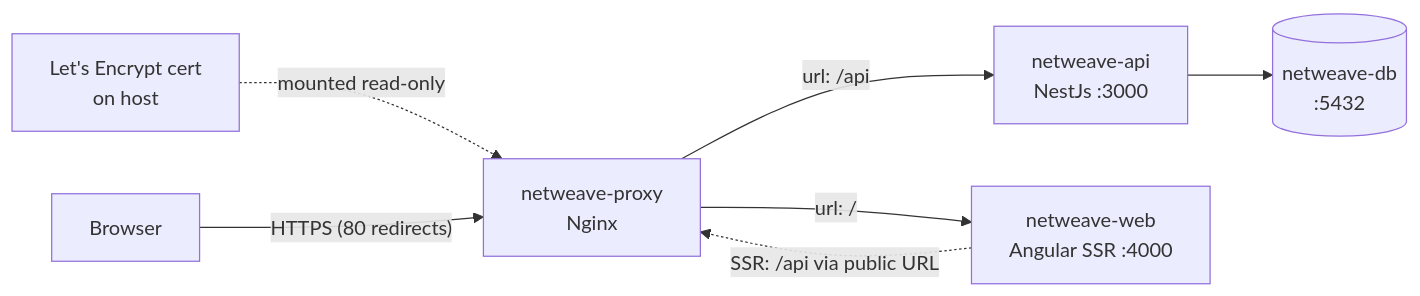
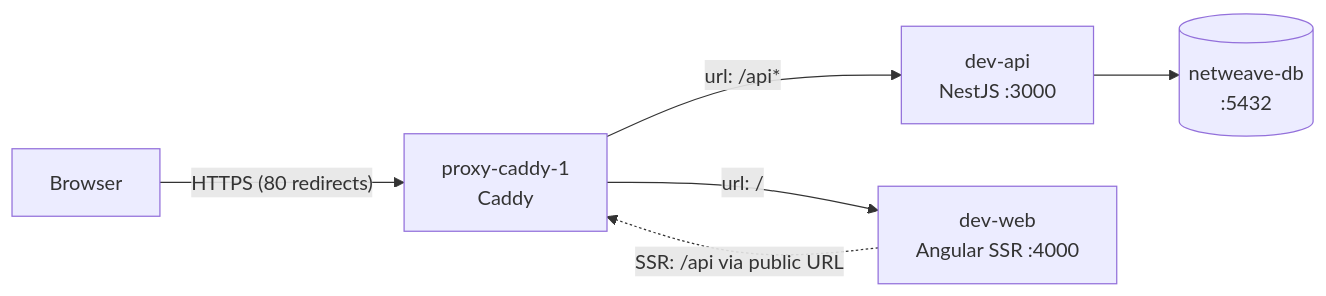
The diagram in README.md (Netweave-Managed-Networking/netweave), drawn with Mermaid before and after one commit. The commit also changed other lines of this file and 3 other files, not shown here.

Commit message:
ci: caddy: replace nginx with caddy

````diff
--- a/README.md
+++ b/README.md
@@ -168,9 +153,8 @@
 ```mermaid
 flowchart LR
-  C["Let's Encrypt cert<br/>on host"] -.->|"mounted read-only"| N
-  B["Browser"] -->|"HTTPS (80 redirects)"| N["netweave-proxy<br/>Nginx"]
-  N -->|"url: /api"| A["netweave-api<br/>NestJs :3000"]
-  N -->|"url: /"| W["netweave-web<br/>Angular SSR :4000"]
-  W -.->|"SSR: /api via public URL"| N
+  B["Browser"] -->|"HTTPS (80 redirects)"| C["proxy-caddy-1<br/>Caddy"]
+  C -->|"url: /api*"| A["dev-api<br/>NestJS :3000"]
+  C -->|"url: /"| W["dev-web<br/>Angular SSR :4000"]
+  W -.->|"SSR: /api via public URL"| C
   A --> D[("netweave-db<br/>:5432")]
 ```
````
